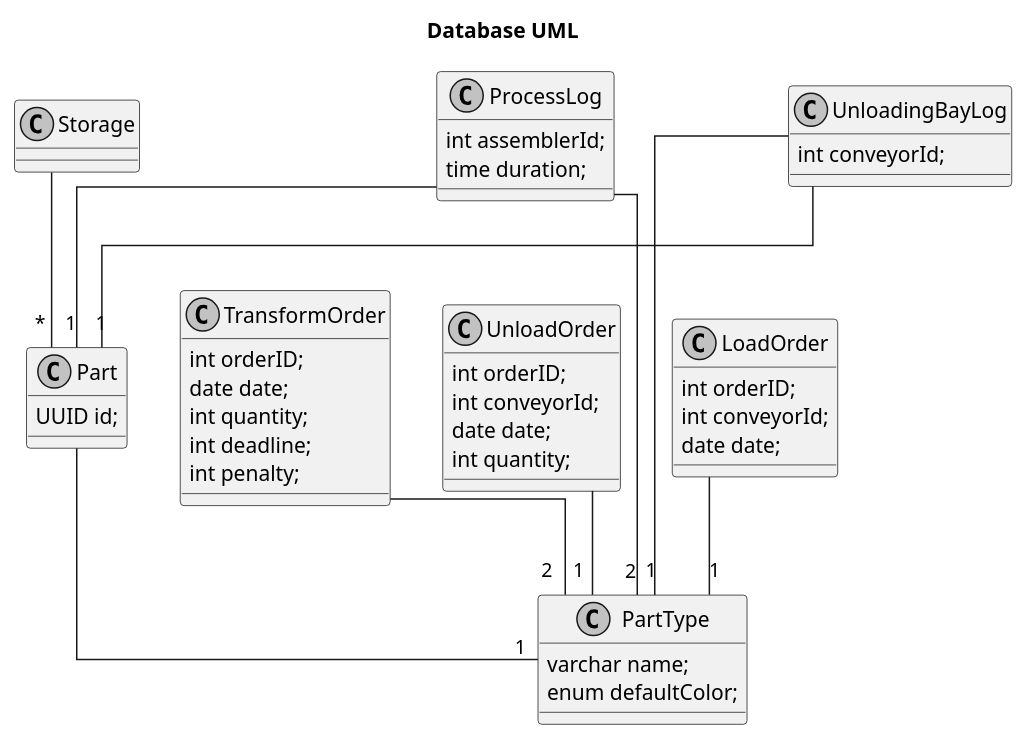
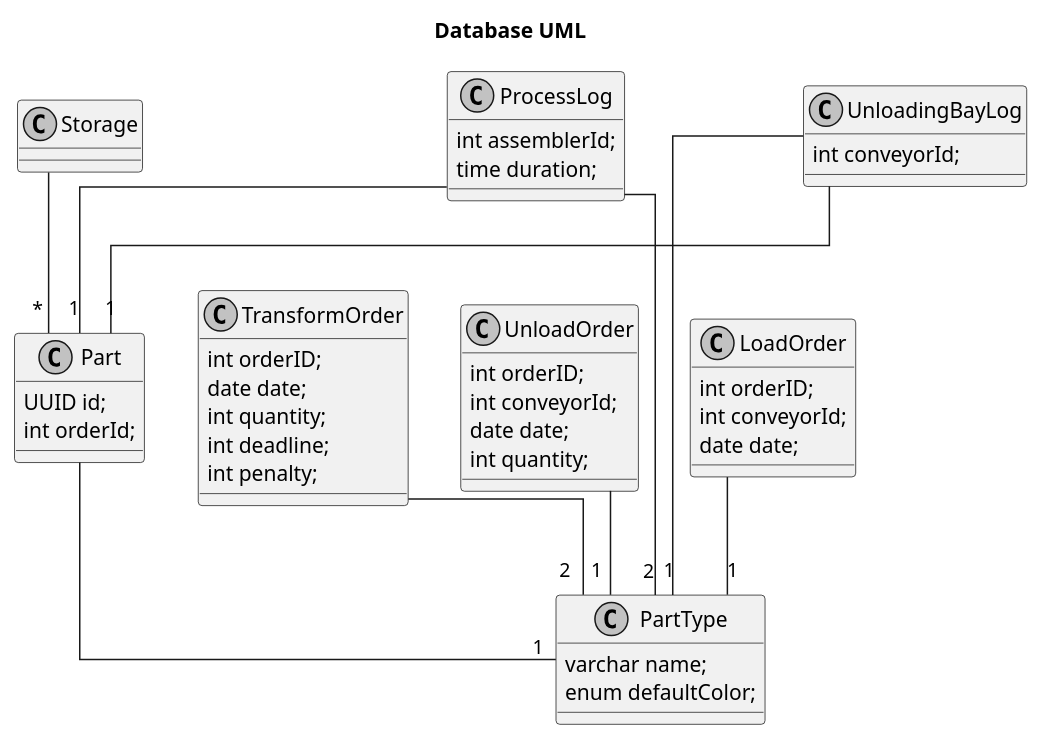
Before and after one commit to avrocha/plant-floor-control: the diagram in docs/classes_uml/db.puml, drawn with PlantUML. The commit also changed 1 other file, not shown here.

Commit message:
UML: Update DB and MES class diagram

```diff
--- a/docs/classes_uml/db.puml
+++ b/docs/classes_uml/db.puml
@@ -1,66 +1,67 @@
 @startuml
 skinparam linetype ortho
 skinparam Monochrome true
 
 title Database UML
 
 class Storage{
     
 }
 
 Storage --"*" Part
 
 class Part{
 	UUID id;
+  int orderId;
 }
 
 Part --"1" PartType
 
 class PartType {
   varchar name;
   enum defaultColor;
 }
 
 class TransformOrder{
   int orderID;
   date date;
   int quantity;
   int deadline;
   int penalty;
 }
 
 TransformOrder --"2" PartType
 
 class UnloadOrder{
   int orderID;
 	int conveyorId;
   date date;
   int quantity;
 }
 
 UnloadOrder --"1" PartType
 
 class LoadOrder{
   int orderID;
 	int conveyorId;
   date date;
 }
 
 LoadOrder --"1" PartType
 
 class ProcessLog{
 	int assemblerId;
 	time duration;
 }
 
 ProcessLog --"1" Part
 ProcessLog --"2" PartType
 
 class UnloadingBayLog{
 	int conveyorId;
 }
 
 UnloadingBayLog --"1" Part
 UnloadingBayLog --"1" PartType
 
 @enduml
```
